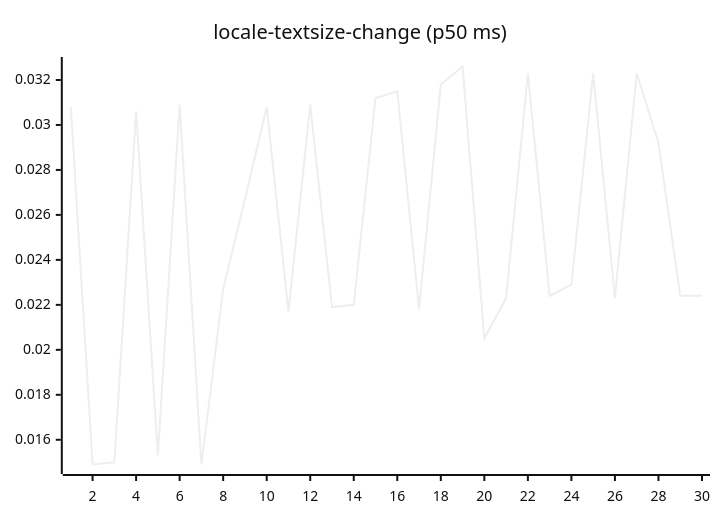
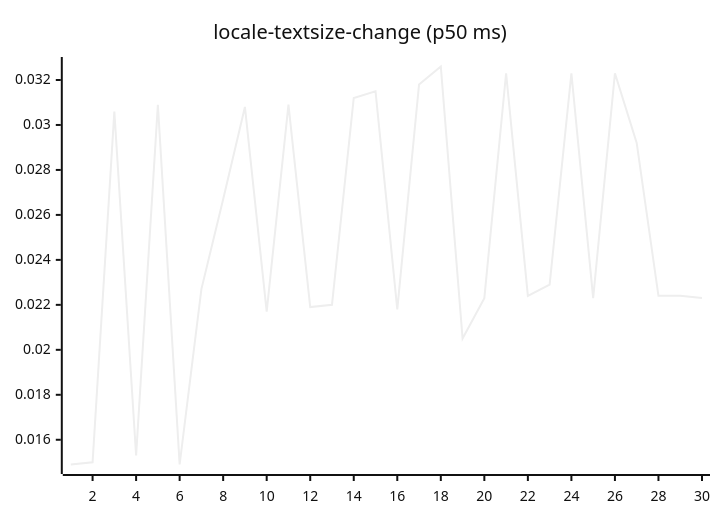
Diagram 13 of 27 in README.md (josha/Facet), drawn with Mermaid (neutral theme) before and after one commit. The commit also changed other lines of this file and 2 other files, not shown here.

````diff
--- a/README.md
+++ b/README.md
@@ -147,6 +147,6 @@
 ```mermaid
 xychart-beta
     title "locale-textsize-change (p50 ms)"
     x-axis 1 --> 30
-    line [0.0308, 0.0149, 0.0150, 0.0306, 0.0153, 0.0309, 0.0149, 0.0227, 0.0267, 0.0308, 0.0217, 0.0309, 0.0219, 0.0220, 0.0312, 0.0315, 0.0218, 0.0318, 0.0326, 0.0205, 0.0223, 0.0323, 0.0224, 0.0229, 0.0323, 0.0223, 0.0323, 0.0292, 0.0224, 0.0224]
+    line [0.0149, 0.0150, 0.0306, 0.0153, 0.0309, 0.0149, 0.0227, 0.0267, 0.0308, 0.0217, 0.0309, 0.0219, 0.0220, 0.0312, 0.0315, 0.0218, 0.0318, 0.0326, 0.0205, 0.0223, 0.0323, 0.0224, 0.0229, 0.0323, 0.0223, 0.0323, 0.0292, 0.0224, 0.0224, 0.0223]
 ```
````
